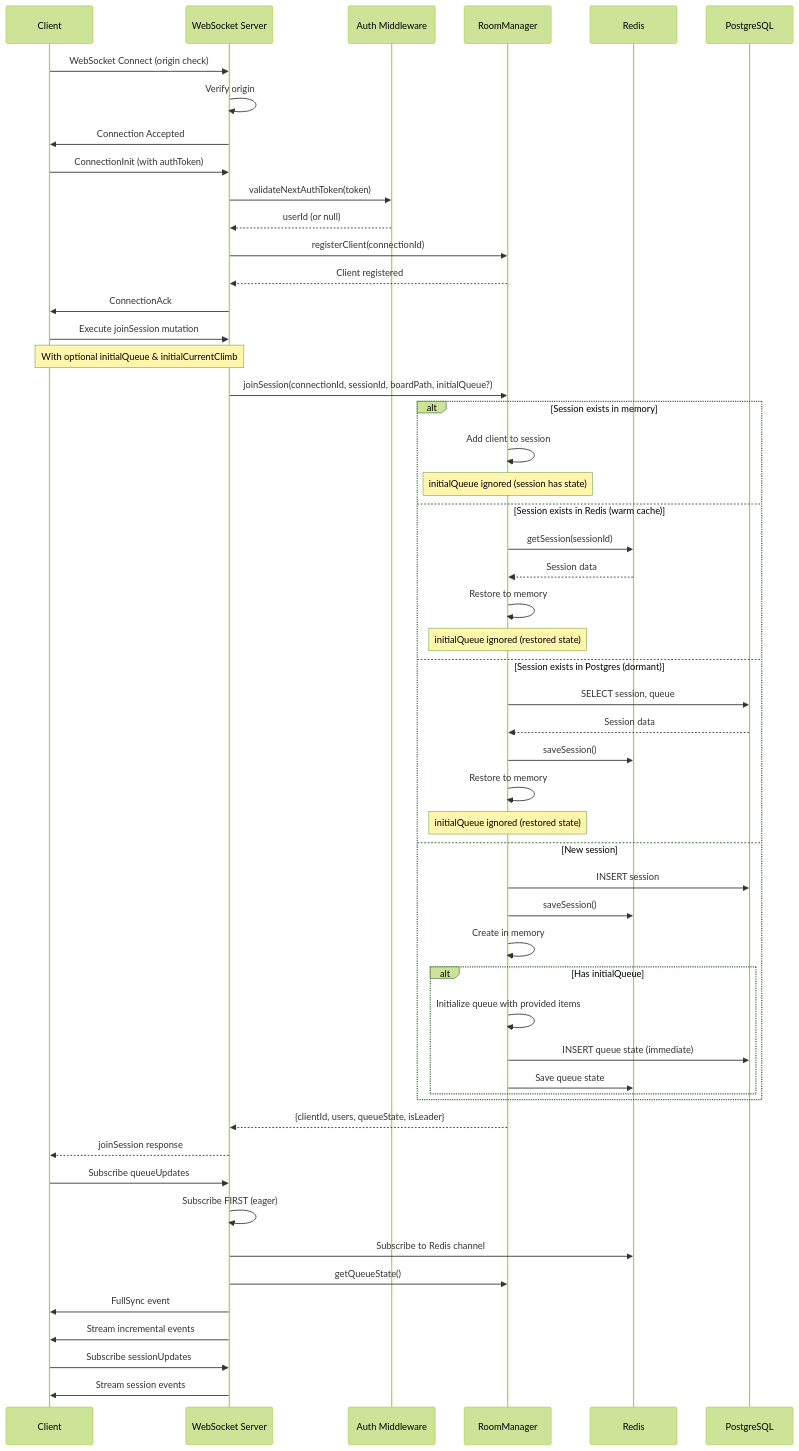
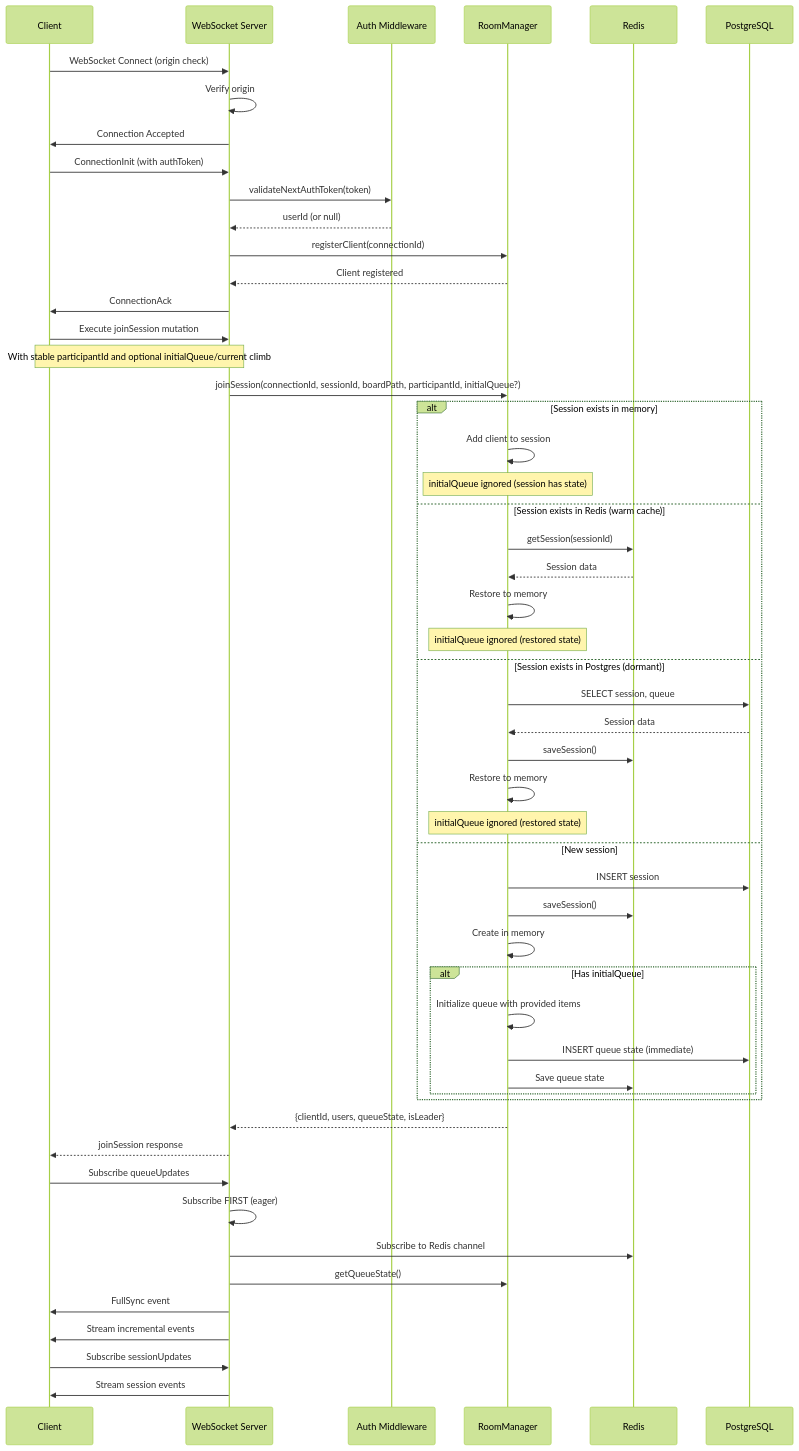
The first of 14 diagrams in docs/websocket-implementation.md (LucVermeer/board-analysis), drawn with Mermaid (forest theme) before and after one commit. The commit also changed other lines of this file and 39 other files, not shown here.

````diff
--- a/docs/websocket-implementation.md
+++ b/docs/websocket-implementation.md
@@ -126,62 +126,62 @@
 ```mermaid
 sequenceDiagram
     participant C as Client
     participant WS as WebSocket Server
     participant A as Auth Middleware
     participant RM as RoomManager
     participant R as Redis
     participant PG as PostgreSQL
 
     C->>WS: WebSocket Connect (origin check)
     WS->>WS: Verify origin
     WS->>C: Connection Accepted
 
     C->>WS: ConnectionInit (with authToken)
     WS->>A: validateNextAuthToken(token)
     A-->>WS: userId (or null)
     WS->>RM: registerClient(connectionId)
     RM-->>WS: Client registered
     WS->>C: ConnectionAck
 
     C->>WS: Execute joinSession mutation
-    Note over C,WS: With optional initialQueue & initialCurrentClimb
-    WS->>RM: joinSession(connectionId, sessionId, boardPath, initialQueue?)
+    Note over C,WS: With stable participantId and optional initialQueue/current climb
+    WS->>RM: joinSession(connectionId, sessionId, boardPath, participantId, initialQueue?)
 
     alt Session exists in memory
         RM->>RM: Add client to session
         Note over RM: initialQueue ignored (session has state)
     else Session exists in Redis (warm cache)
         RM->>R: getSession(sessionId)
         R-->>RM: Session data
         RM->>RM: Restore to memory
         Note over RM: initialQueue ignored (restored state)
     else Session exists in Postgres (dormant)
         RM->>PG: SELECT session, queue
         PG-->>RM: Session data
         RM->>R: saveSession()
         RM->>RM: Restore to memory
         Note over RM: initialQueue ignored (restored state)
     else New session
         RM->>PG: INSERT session
         RM->>R: saveSession()
         RM->>RM: Create in memory
         alt Has initialQueue
             RM->>RM: Initialize queue with provided items
             RM->>PG: INSERT queue state (immediate)
             RM->>R: Save queue state
         end
     end
 
     RM-->>WS: {clientId, users, queueState, isLeader}
     WS-->>C: joinSession response
 
     C->>WS: Subscribe queueUpdates
     WS->>WS: Subscribe FIRST (eager)
     WS->>R: Subscribe to Redis channel
     WS->>RM: getQueueState()
     WS->>C: FullSync event
     WS->>C: Stream incremental events
 
     C->>WS: Subscribe sessionUpdates
     WS->>C: Stream session events
 ```
````
